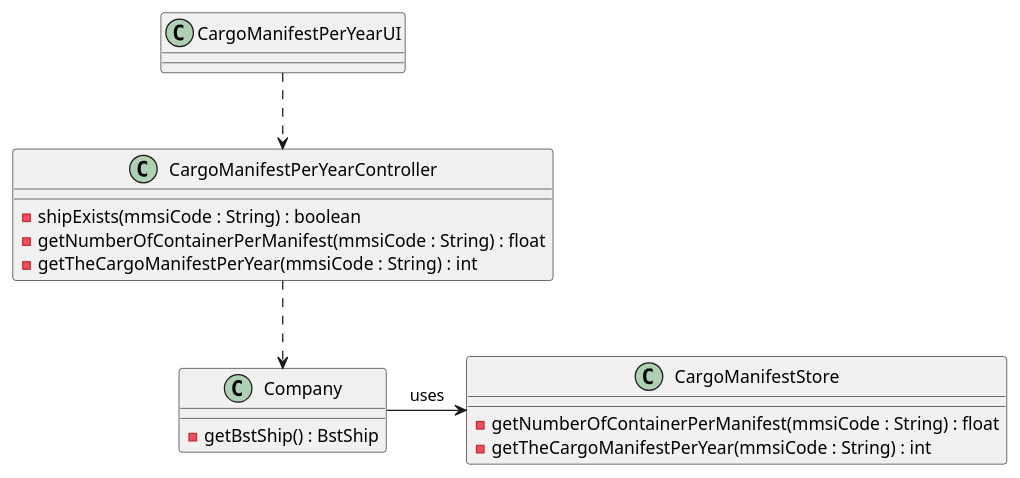
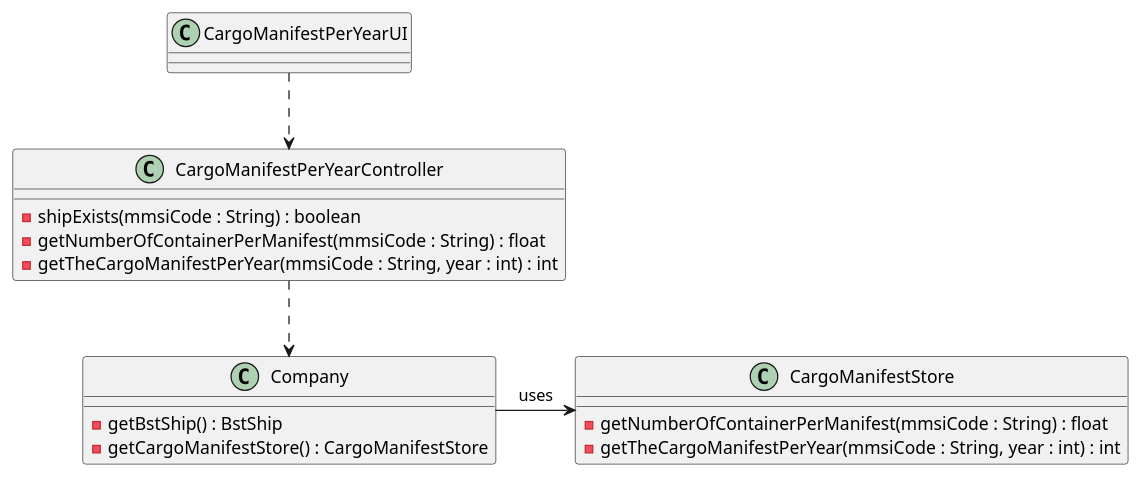
The diagram in docs/US207/US207_CD.puml (0franciscor/lapr3-2021-g042), drawn with PlantUML before and after one commit. The commit also changed 20 other files, not shown here.

```diff
--- a/docs/US207/US207_CD.puml
+++ b/docs/US207/US207_CD.puml
@@ -1,28 +1,29 @@
 @startuml
 'https://plantuml.com/class-diagram
 
 class CargoManifestPerYearUI{
 
 }
 
 class CargoManifestPerYearController{
 - shipExists(mmsiCode : String) : boolean
 - getNumberOfContainerPerManifest(mmsiCode : String) : float
-- getTheCargoManifestPerYear(mmsiCode : String) : int
+- getTheCargoManifestPerYear(mmsiCode : String, year : int) : int
 }
 
 class Company {
 -getBstShip() : BstShip
+-getCargoManifestStore() : CargoManifestStore
 }
 
 class CargoManifestStore{
 - getNumberOfContainerPerManifest(mmsiCode : String) : float
-- getTheCargoManifestPerYear(mmsiCode : String) : int
+- getTheCargoManifestPerYear(mmsiCode : String, year : int) : int
 
 }
 
 
 CargoManifestPerYearUI ..> CargoManifestPerYearController
 CargoManifestPerYearController ..> Company
 Company -> CargoManifestStore : uses
 @enduml
```
